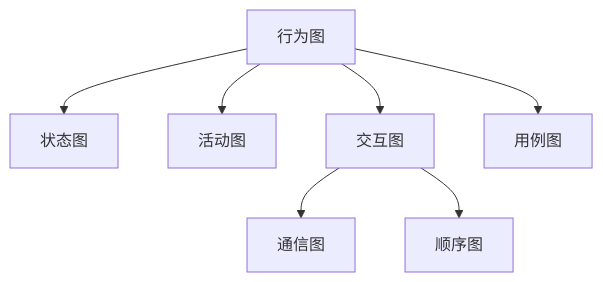
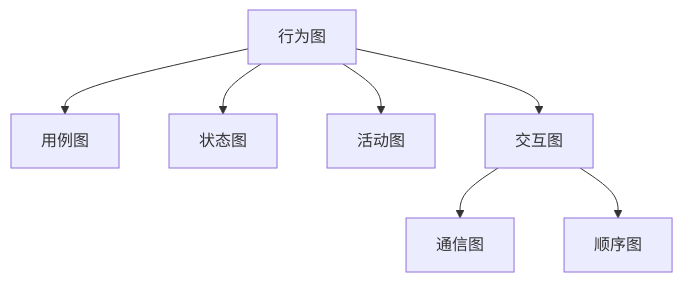
Before and after one commit to zhouxinbin/Notes: the second of 2 diagrams in School/专业课/软件系统分析与设计.md, drawn with Mermaid. The commit also changed other lines of this file and 3 other files, not shown here.

````diff
--- a/School/专业课/软件系统分析与设计.md
+++ b/School/专业课/软件系统分析与设计.md
@@ -134,10 +134,9 @@
 ```mermaid
 graph TD
-
+行为图 --> 用例图
 行为图 --> 状态图
 行为图 --> 活动图
 行为图 --> 交互图
-行为图 --> 用例图
 交互图 --> 通信图
 交互图 --> 顺序图
 ```
````
